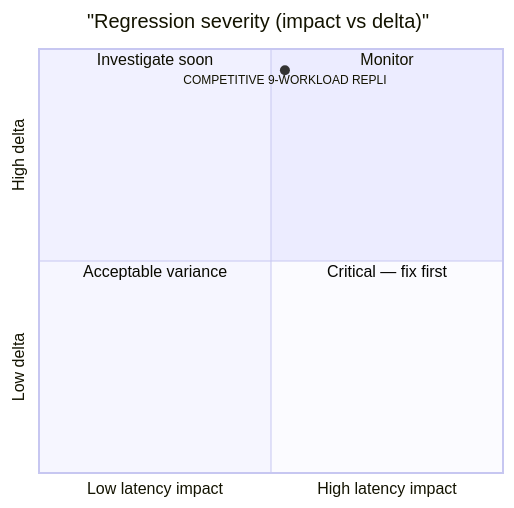
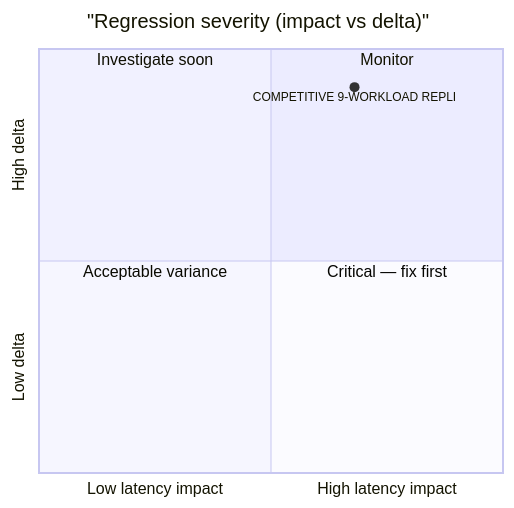
The second of 2 diagrams in docs/project/benchmarks/benchmark_sqlite.mdx (SveltyCMS/SveltyCMS), drawn with Mermaid before and after one commit. The commit also changed other lines of this file and 13 other files, not shown here.

````diff
--- a/docs/project/benchmarks/benchmark_sqlite.mdx
+++ b/docs/project/benchmarks/benchmark_sqlite.mdx
@@ -95,11 +95,11 @@
 ```mermaid
 quadrantChart
   title "Regression severity (impact vs delta)"
   x-axis Low latency impact --> High latency impact
   y-axis Low delta --> High delta
   quadrant-1 Monitor
   quadrant-2 Investigate soon
   quadrant-3 Acceptable variance
   quadrant-4 Critical — fix first
-    COMPETITIVE 9-WORKLOAD REPLI: [0.53, 0.95]
+    COMPETITIVE 9-WORKLOAD REPLI: [0.68, 0.91]
 ```
````
